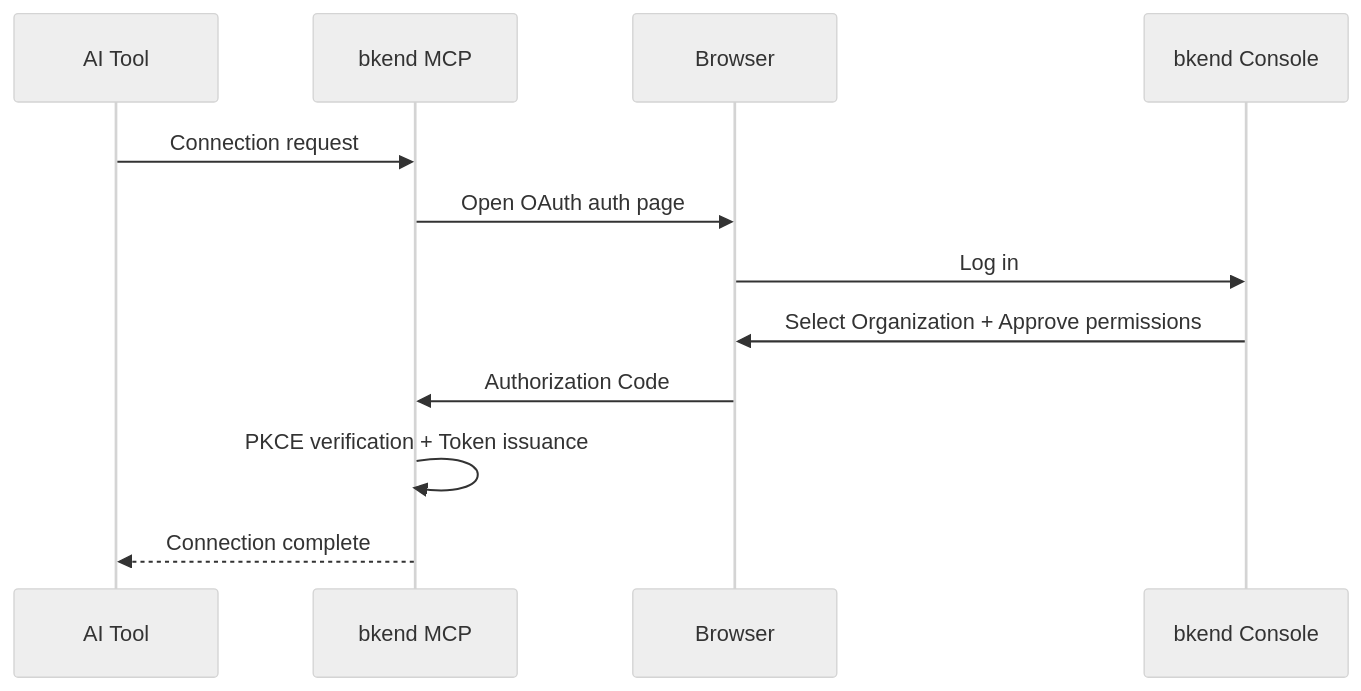
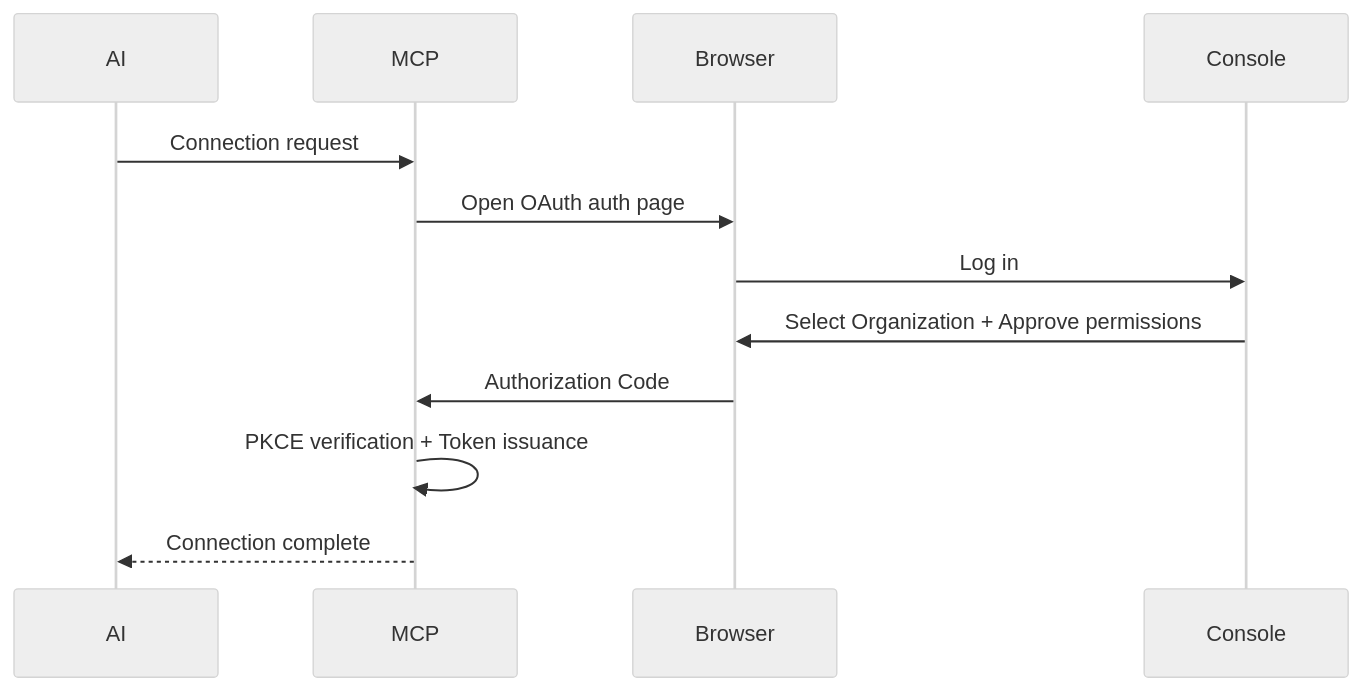
Before and after one commit to popup-studio-ai/bkend-docs: the second of 2 diagrams in en/ai-tools/01-overview.md, drawn with Mermaid (neutral theme). The commit also changed 24 other files, not shown here.

````diff
--- a/en/ai-tools/01-overview.md
+++ b/en/ai-tools/01-overview.md
@@ -104,15 +104,15 @@
 ```mermaid
 sequenceDiagram
-    participant AI as AI Tool
-    participant MCP as bkend MCP
+    participant AI as AI
+    participant MCP as MCP
     participant Browser as Browser
-    participant Console as bkend Console
+    participant Console as Console
 
     AI->>MCP: Connection request
     MCP->>Browser: Open OAuth auth page
     Browser->>Console: Log in
     Console->>Browser: Select Organization + Approve permissions
     Browser->>MCP: Authorization Code
     MCP->>MCP: PKCE verification + Token issuance
     MCP-->>AI: Connection complete
 ```
````
